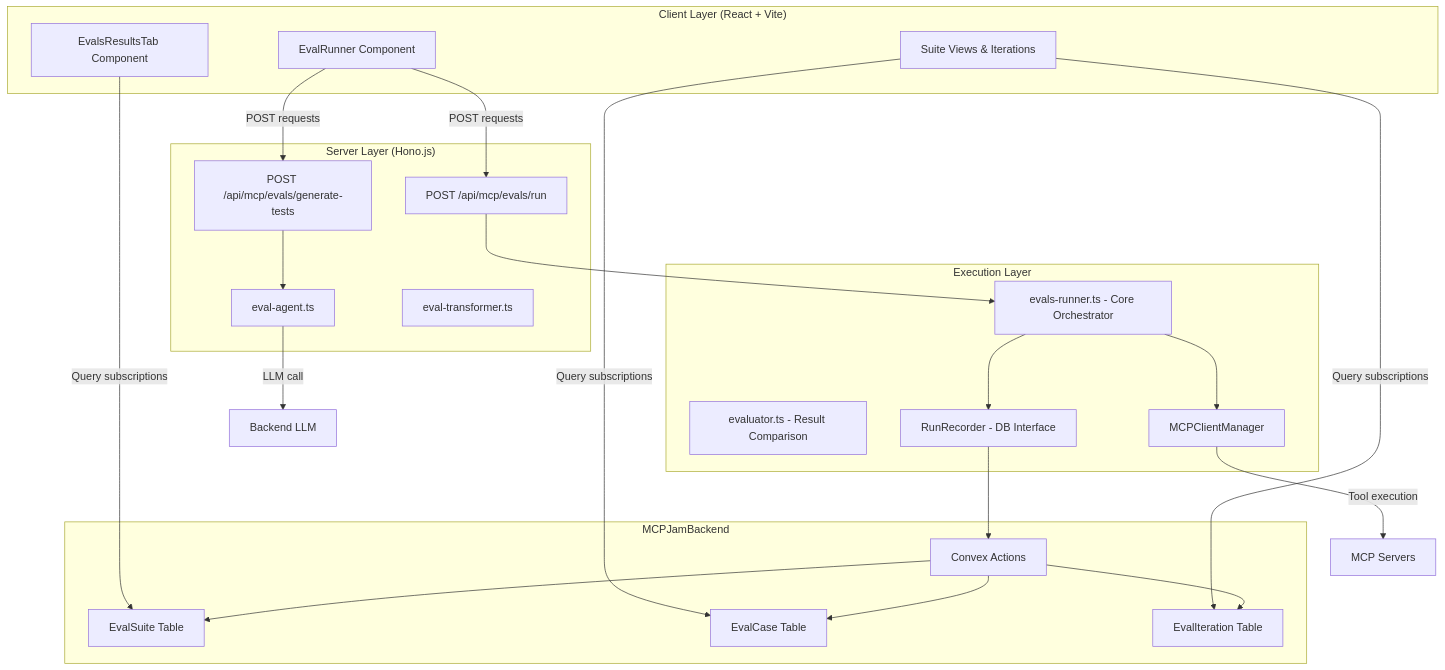
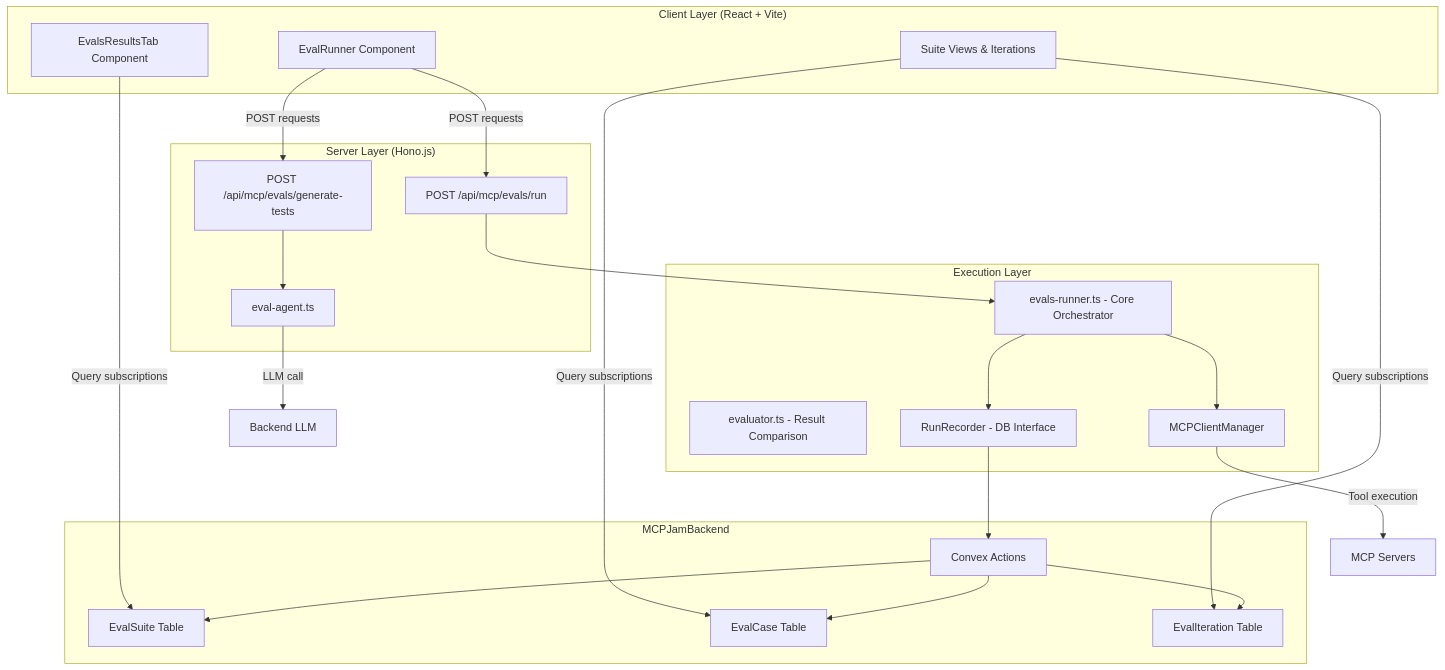
The first of 11 diagrams in docs/contributing/evals-architecture.mdx (MCPJam/inspector), drawn with Mermaid before and after one commit.

````diff
--- a/docs/contributing/evals-architecture.mdx
+++ b/docs/contributing/evals-architecture.mdx
@@ -35,49 +35,48 @@
 ```mermaid
 graph TB
     subgraph Client["Client Layer (React + Vite)"]
         A[EvalRunner Component]
         B[EvalsResultsTab Component]
         C[Suite Views & Iterations]
     end
 
     subgraph Server["Server Layer (Hono.js)"]
         D[POST /api/mcp/evals/run]
         E[POST /api/mcp/evals/generate-tests]
         F[eval-agent.ts]
-        G[eval-transformer.ts]
     end
 
     subgraph Execution["Execution Layer"]
         H[evals-runner.ts - Core Orchestrator]
         I[evaluator.ts - Result Comparison]
         J[RunRecorder - DB Interface]
         K[MCPClientManager]
     end
 
     subgraph Backend["MCPJamBackend"]
         L[EvalSuite Table]
         M[EvalCase Table]
         N[EvalIteration Table]
         O[Convex Actions]
     end
 
     A -->|POST requests| D
     A -->|POST requests| E
     B -->|Query subscriptions| L
     C -->|Query subscriptions| M
     C -->|Query subscriptions| N
 
     D --> H
     E --> F
 
     H --> J
     J --> O
     O --> L
     O --> M
     O --> N
 
     H --> K
     K -->|Tool execution| P[MCP Servers]
 
     F -->|LLM call| Q[Backend LLM]
 ```
````
